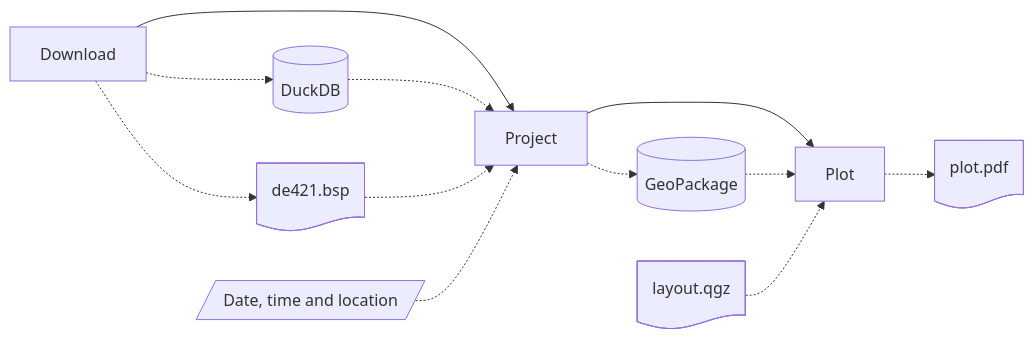
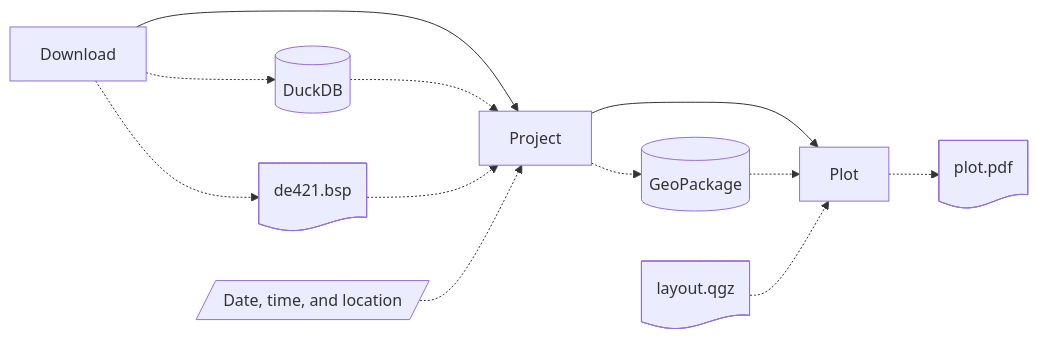
One commit to teofilosalgado/star-chart changed the diagram in README.md. Above: the diagram before and after it, drawn with Mermaid. The commit also changed other lines of this file, not shown here.

````diff
--- a/README.md
+++ b/README.md
@@ -19,16 +19,16 @@
 ```mermaid
 flowchart LR
     A[Download] --> B[Project] --> C[Plot]
     
     A -.-> A1[(DuckDB)]
     A -.-> A2@{ shape: doc, label: "de421.bsp" }
     A1 -.-> B
     A2 -.-> B
 
     B -.-> B1[(GeoPackage)]
     B1 -.-> C
-    B2[/Date, time and location/] -.-> B
+    B2[/Date, time, and location/] -.-> B
 
     C -.-> C1@{ shape: doc, label: "plot.pdf" }
     C2@{ shape: doc, label: "layout.qgz" } -.-> C
 ```
````
